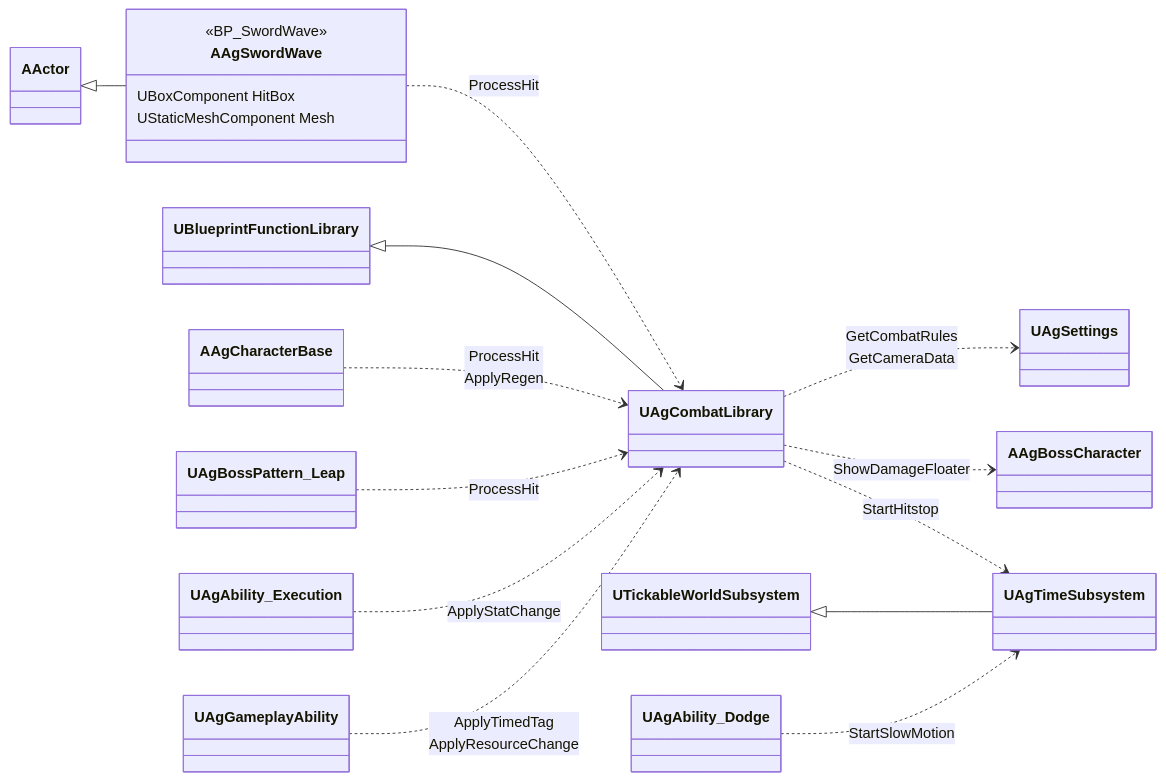
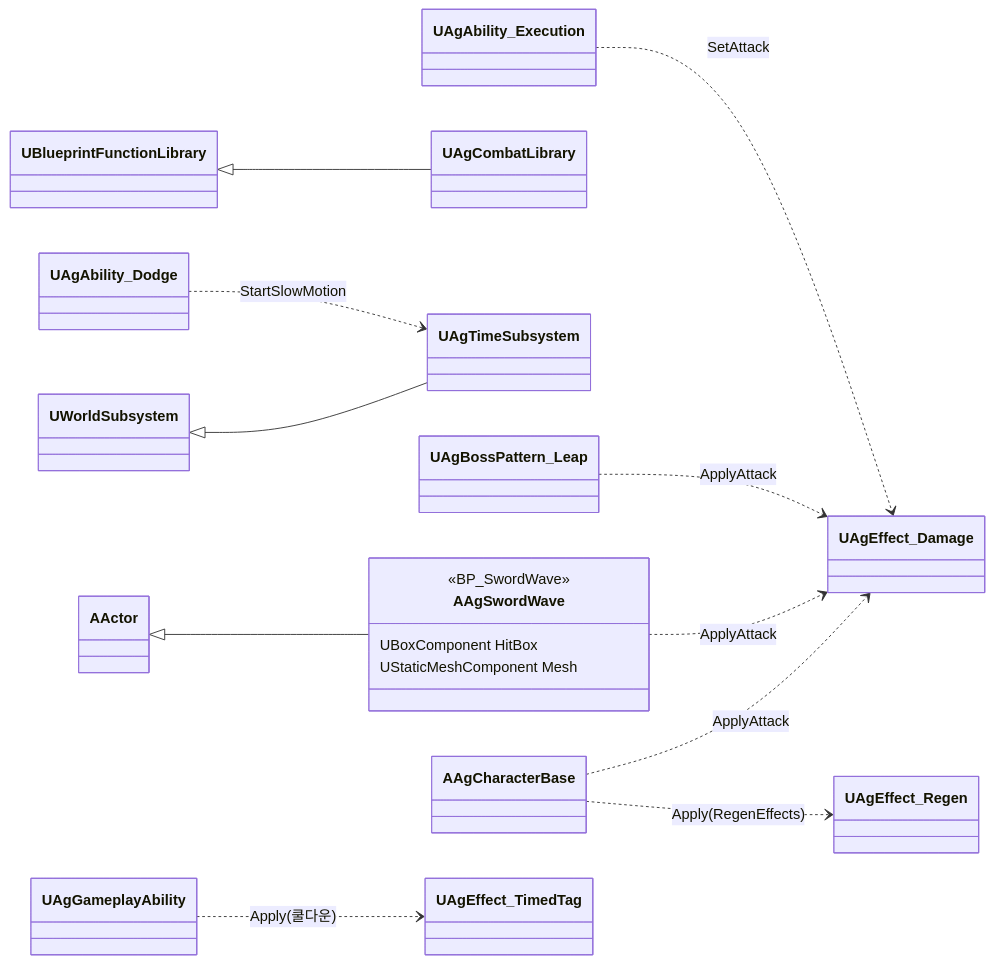
The ninth of 21 diagrams in Docs/Program/클래스 구조도.md (Woogl/Ag), drawn with Mermaid before and after one commit. The commit also changed other lines of this file and 122 other files, not shown here.

````diff
--- a/Docs/Program/클래스 구조도.md
+++ b/Docs/Program/클래스 구조도.md
@@ -324,22 +361,20 @@
 ```mermaid
 classDiagram
     direction LR
     class AAgSwordWave {
         <<BP_SwordWave>>
         UBoxComponent HitBox
         UStaticMeshComponent Mesh
     }
     UBlueprintFunctionLibrary <|-- UAgCombatLibrary
-    UTickableWorldSubsystem <|-- UAgTimeSubsystem
+    UWorldSubsystem <|-- UAgTimeSubsystem
     AActor <|-- AAgSwordWave
 
-    AAgCharacterBase ..> UAgCombatLibrary : ProcessHit<br>ApplyRegen
-    AAgSwordWave ..> UAgCombatLibrary : ProcessHit
-    UAgBossPattern_Leap ..> UAgCombatLibrary : ProcessHit
-    UAgAbility_Execution ..> UAgCombatLibrary : ApplyStatChange
-    UAgGameplayAbility ..> UAgCombatLibrary : ApplyTimedTag<br>ApplyResourceChange
-    UAgCombatLibrary ..> UAgTimeSubsystem : StartHitstop
+    AAgCharacterBase ..> UAgEffect_Damage : ApplyAttack
+    AAgSwordWave ..> UAgEffect_Damage : ApplyAttack
+    UAgBossPattern_Leap ..> UAgEffect_Damage : ApplyAttack
+    UAgAbility_Execution ..> UAgEffect_Damage : SetAttack
+    AAgCharacterBase ..> UAgEffect_Regen : Apply(RegenEffects)
+    UAgGameplayAbility ..> UAgEffect_TimedTag : Apply(쿨다운)
     UAgAbility_Dodge ..> UAgTimeSubsystem : StartSlowMotion
-    UAgCombatLibrary ..> AAgBossCharacter : ShowDamageFloater
-    UAgCombatLibrary ..> UAgSettings : GetCombatRules<br>GetCameraData
 ```
````
